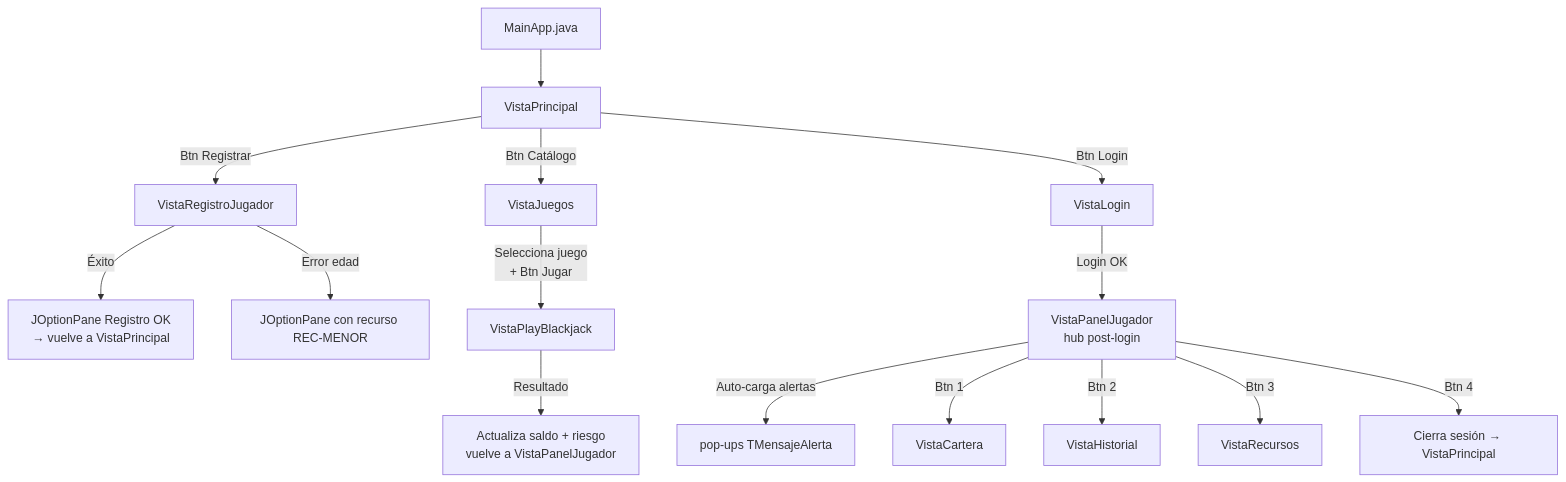
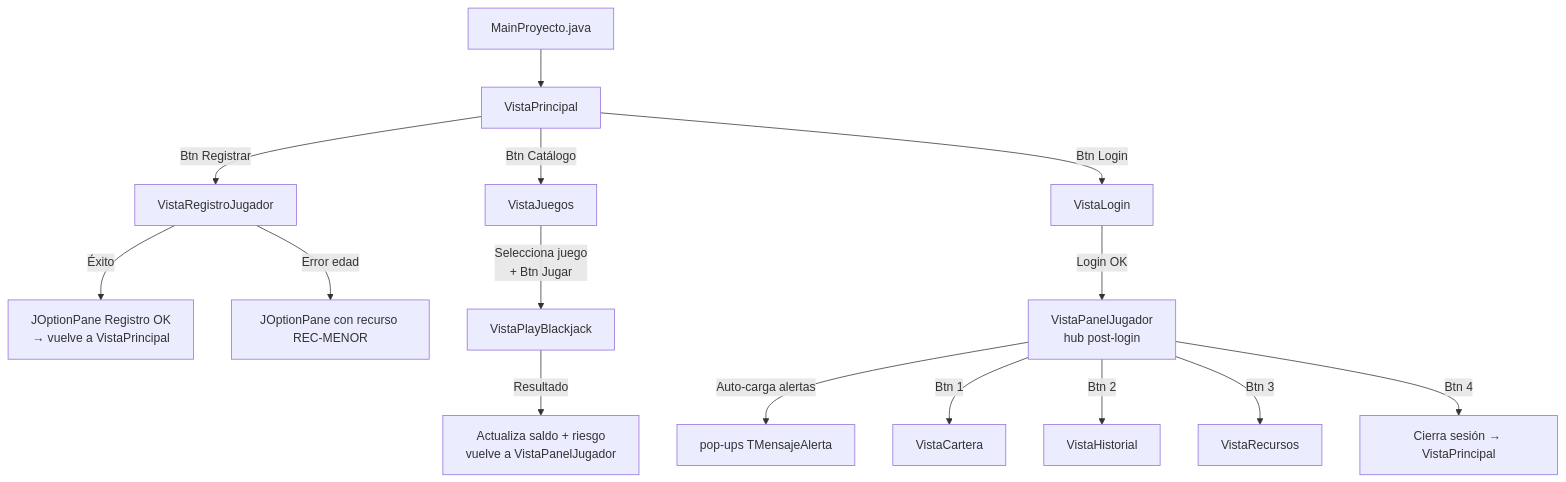
Diagram 14 of 14 in guias/guiaCompleta.md (pelayp01/APUESTASUCM), drawn with Mermaid before and after one commit. The commit also changed other lines of this file and 1 other file, not shown here.

````diff
--- a/guias/guiaCompleta.md
+++ b/guias/guiaCompleta.md
@@ -640,21 +643,21 @@
 ```mermaid
 flowchart TD
-    MAIN[MainApp.java] --> VP[VistaPrincipal]
+    MAIN[MainProyecto.java] --> VP[VistaPrincipal]
 
     VP -->|Btn Registrar| VR[VistaRegistroJugador]
     VP -->|Btn Catálogo| VJ[VistaJuegos]
     VP -->|Btn Login| VL[VistaLogin]
 
     VR -->|Éxito| MSG1[JOptionPane Registro OK\n→ vuelve a VistaPrincipal]
     VR -->|Error edad| MSG2[JOptionPane con recurso REC-MENOR]
 
     VL -->|Login OK| PJ[VistaPanelJugador\nhub post-login]
     PJ -->|Auto-carga alertas| AL[pop-ups TMensajeAlerta]
     PJ -->|Btn 1| VC[VistaCartera]
     PJ -->|Btn 2| VH[VistaHistorial]
     PJ -->|Btn 3| VREC[VistaRecursos]
     PJ -->|Btn 4| VP2[Cierra sesión → VistaPrincipal]
 
     VJ -->|Selecciona juego\n+ Btn Jugar| VBJ[VistaPlayBlackjack]
     VBJ -->|Resultado| VH2[Actualiza saldo + riesgo\nvuelve a VistaPanelJugador]
 ```
````
